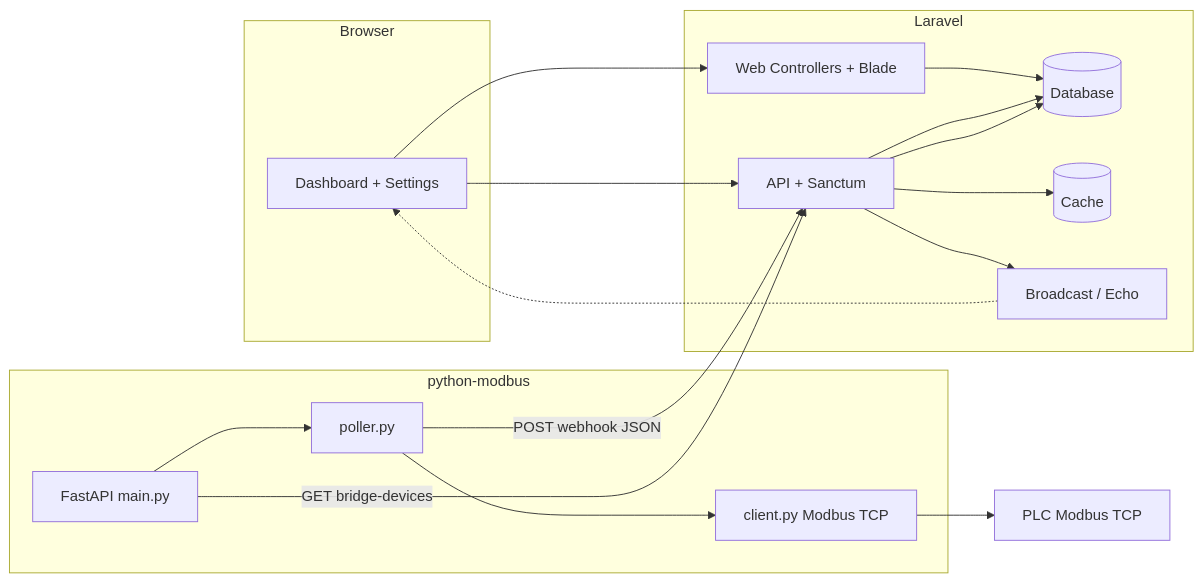
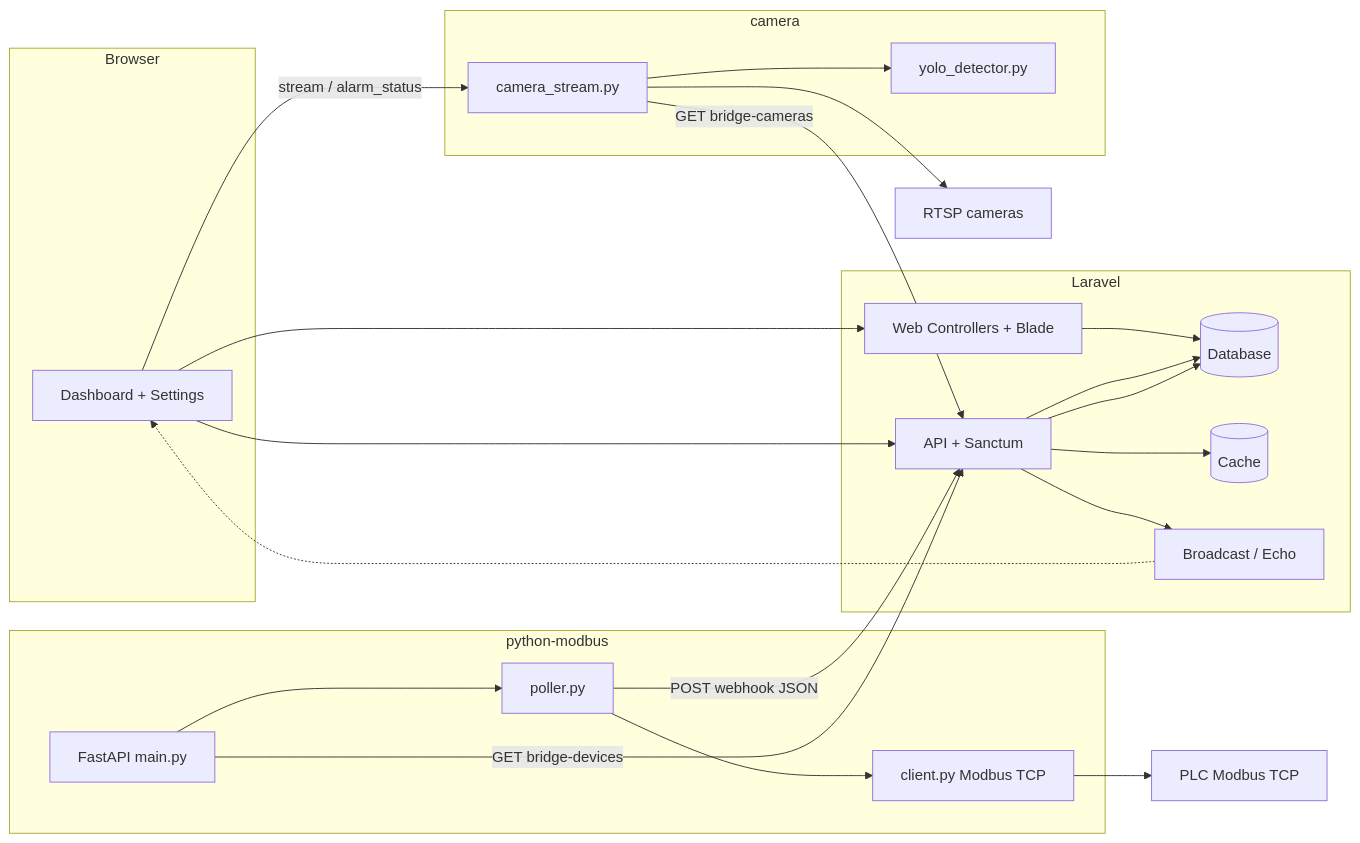
One commit to Maksum885/dashboard_spm changed the diagram in docs/PENJELASAN_CARA_KERJA_SISTEM.md. Above: the diagram before and after it, drawn with Mermaid. The commit also changed other lines of this file and 34 other files, not shown here.

````diff
--- a/docs/PENJELASAN_CARA_KERJA_SISTEM.md
+++ b/docs/PENJELASAN_CARA_KERJA_SISTEM.md
@@ -12,33 +12,42 @@
 ```mermaid
 flowchart LR
   subgraph browser [Browser]
     UI[Dashboard + Settings]
   end
   subgraph laravel [Laravel]
     Web[Web Controllers + Blade]
     API[API + Sanctum]
     DB[(Database)]
     Cache[(Cache)]
     BC[Broadcast / Echo]
   end
   subgraph python [python-modbus]
     FA[FastAPI main.py]
     POL[poller.py]
     CLI[client.py Modbus TCP]
   end
+  subgraph cv [camera]
+    FL[camera_stream.py]
+    YOLO[yolo_detector.py]
+  end
   PLC[PLC Modbus TCP]
+  RTSP[RTSP cameras]
 
   UI --> Web
   UI --> API
   Web --> DB
   API --> DB
   API --> Cache
   API --> BC
   BC -.-> UI
   FA --> POL
   POL --> CLI
   CLI --> PLC
   POL -->|POST webhook JSON| API
   FA -->|GET bridge-devices| API
+  FL -->|GET bridge-cameras| API
+  FL --> RTSP
+  FL --> YOLO
+  UI -->|stream / alarm_status| FL
   API --> DB
 ```
````
